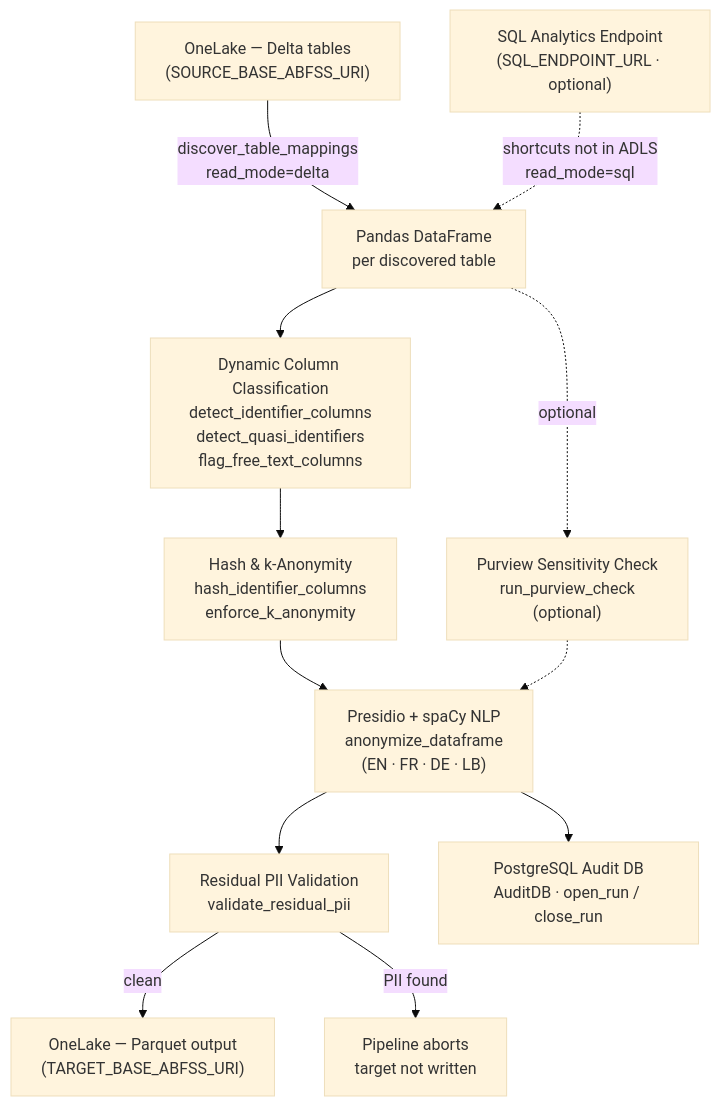
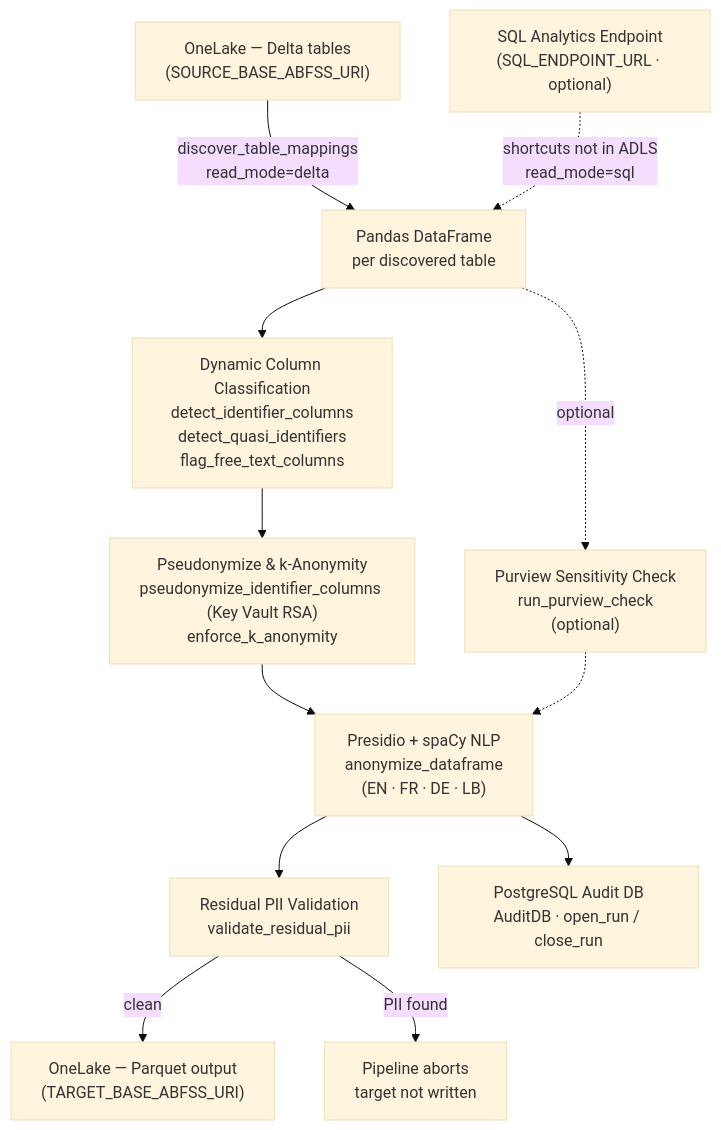
Before and after one commit to scardoso-lu/data-hide: the diagram in README.md, drawn with Mermaid (base theme). The commit also changed other lines of this file and 18 other files, not shown here.

````diff
--- a/README.md
+++ b/README.md
@@ -9,26 +9,26 @@
 ```mermaid
 flowchart TD
     A["OneLake — Delta tables\n(SOURCE_BASE_ABFSS_URI)"]
     A2["SQL Analytics Endpoint\n(SQL_ENDPOINT_URL · optional)"]
     B["Pandas DataFrame\nper discovered table"]
     C["Dynamic Column Classification\ndetect_identifier_columns\ndetect_quasi_identifiers\nflag_free_text_columns"]
-    D["Hash & k-Anonymity\nhash_identifier_columns\nenforce_k_anonymity"]
+    D["Pseudonymize & k-Anonymity\npseudonymize_identifier_columns (Key Vault RSA)\nenforce_k_anonymity"]
     E["Presidio + spaCy NLP\nanonymize_dataframe\n(EN · FR · DE · LB)"]
     F["Purview Sensitivity Check\nrun_purview_check\n(optional)"]
     G["Residual PII Validation\nvalidate_residual_pii"]
     H["OneLake — Parquet output\n(TARGET_BASE_ABFSS_URI)"]
     I["Pipeline aborts\ntarget not written"]
     J["PostgreSQL Audit DB\nAuditDB · open_run / close_run"]
 
     A -->|"discover_table_mappings\nread_mode=delta"| B
     A2 -.->|"shortcuts not in ADLS\nread_mode=sql"| B
     B --> C
     C --> D
     D --> E
     B -.->|optional| F
     F -.-> E
     E --> G
     G -->|clean| H
     G -->|PII found| I
     E --> J
 ```
````
